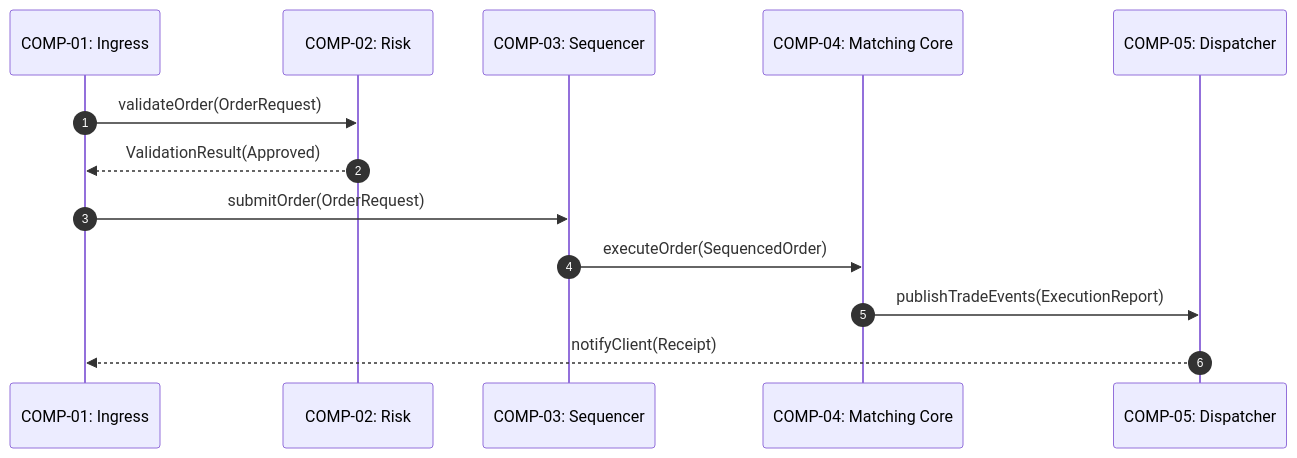
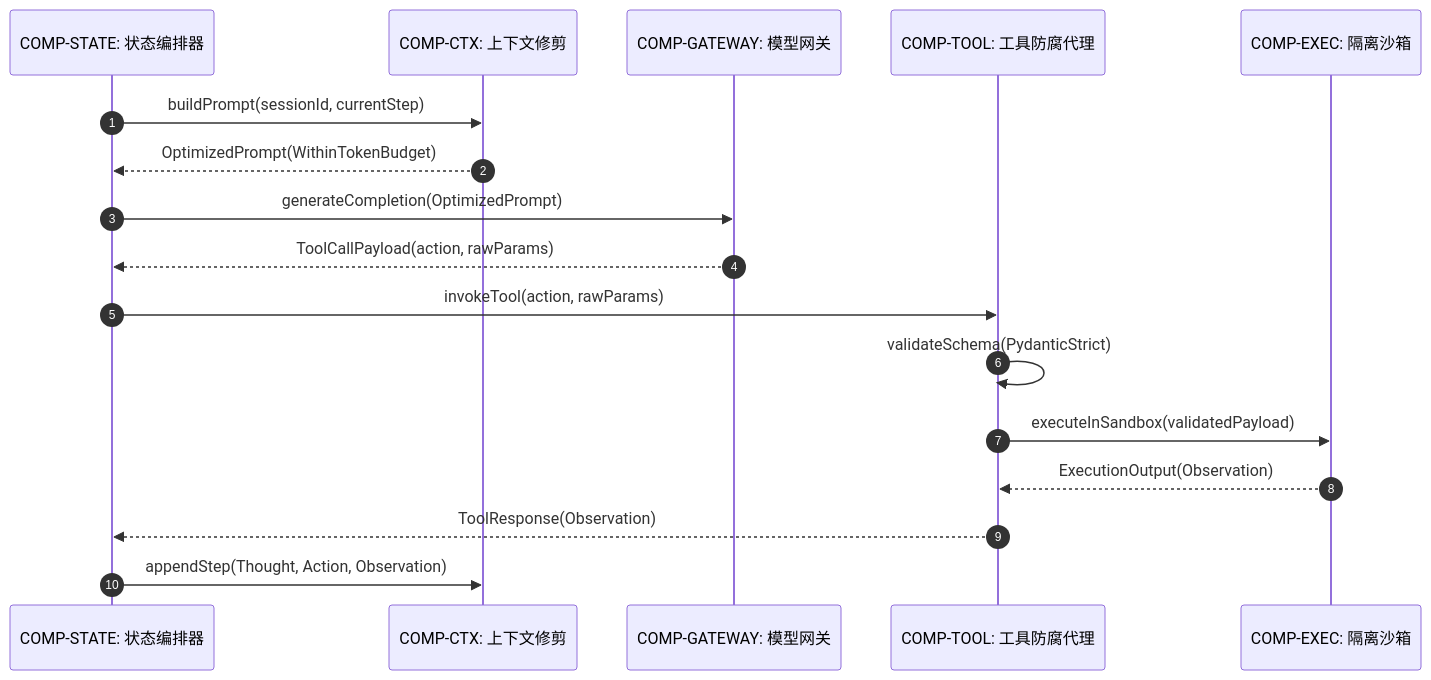
One commit to swizardlv/architect_skill changed the third of 3 diagrams in templates/component-model-template.md. Above: the diagram before and after it, drawn with Mermaid. The commit also changed other lines of this file and 10 other files, not shown here.

````diff
--- a/templates/component-model-template.md
+++ b/templates/component-model-template.md
@@ -83,16 +107,20 @@
 ```mermaid
 sequenceDiagram
     autonumber
-    participant GW as COMP-01: Ingress
-    participant Risk as COMP-02: Risk
-    participant Seq as COMP-03: Sequencer
-    participant Core as COMP-04: Matching Core
-    participant Dispatch as COMP-05: Dispatcher
+    participant Orch as COMP-STATE: 状态编排器
+    participant Ctx as COMP-CTX: 上下文修剪
+    participant Model as COMP-GATEWAY: 模型网关
+    participant Tool as COMP-TOOL: 工具防腐代理
+    participant Sand as COMP-EXEC: 隔离沙箱
 
-    GW->>Risk: validateOrder(OrderRequest)
-    Risk-->>GW: ValidationResult(Approved)
-    GW->>Seq: submitOrder(OrderRequest)
-    Seq->>Core: executeOrder(SequencedOrder)
-    Core->>Dispatch: publishTradeEvents(ExecutionReport)
-    Dispatch-->>GW: notifyClient(Receipt)
+    Orch->>Ctx: buildPrompt(sessionId, currentStep)
+    Ctx-->>Orch: OptimizedPrompt(WithinTokenBudget)
+    Orch->>Model: generateCompletion(OptimizedPrompt)
+    Model-->>Orch: ToolCallPayload(action, rawParams)
+    Orch->>Tool: invokeTool(action, rawParams)
+    Tool->>Tool: validateSchema(PydanticStrict)
+    Tool->>Sand: executeInSandbox(validatedPayload)
+    Sand-->>Tool: ExecutionOutput(Observation)
+    Tool-->>Orch: ToolResponse(Observation)
+    Orch->>Ctx: appendStep(Thought, Action, Observation)
 ```
````
